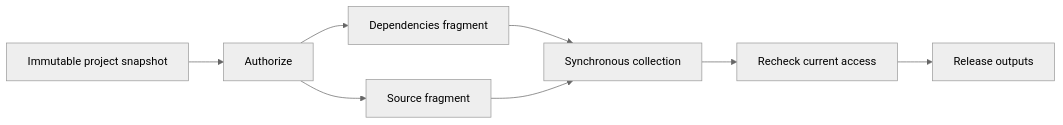
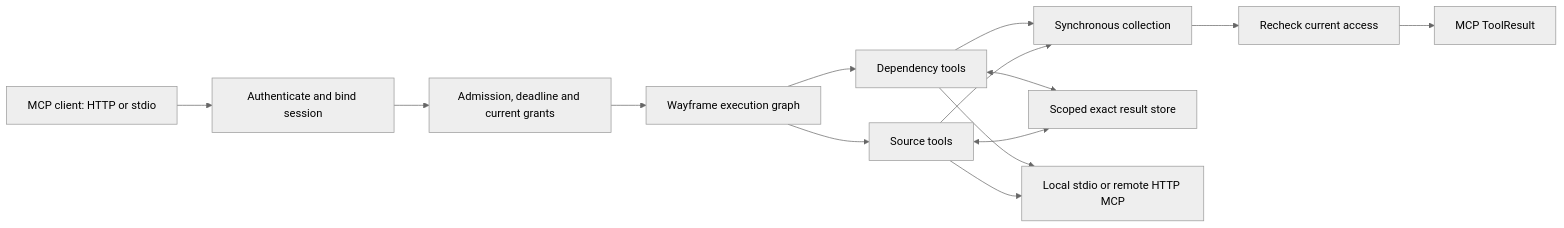
Before and after one commit to Doout/waypilot: the diagram in docs/architecture.md, drawn with Mermaid (neutral theme). The commit also changed other lines of this file and 31 other files, not shown here.

````diff
--- a/docs/architecture.md
+++ b/docs/architecture.md
@@ -5,10 +5,16 @@
 ```mermaid
 flowchart LR
-    A[Immutable project snapshot] --> G[Authorize]
-    G --> D[Dependencies fragment]
-    G --> S[Source fragment]
+    C[MCP client: HTTP or stdio] --> A[Authenticate and bind session]
+    A --> L[Admission, deadline and current grants]
+    L --> G[Wayframe execution graph]
+    G --> D[Dependency tools]
+    G --> S[Source tools]
     D --> J[Synchronous collection]
     S --> J
     J --> R[Recheck current access]
-    R --> O[Release outputs]
+    R --> O[MCP ToolResult]
+    D <--> V[Scoped exact result store]
+    S <--> V
+    D --> U[Local stdio or remote HTTP MCP]
+    S --> U
 ```
````
